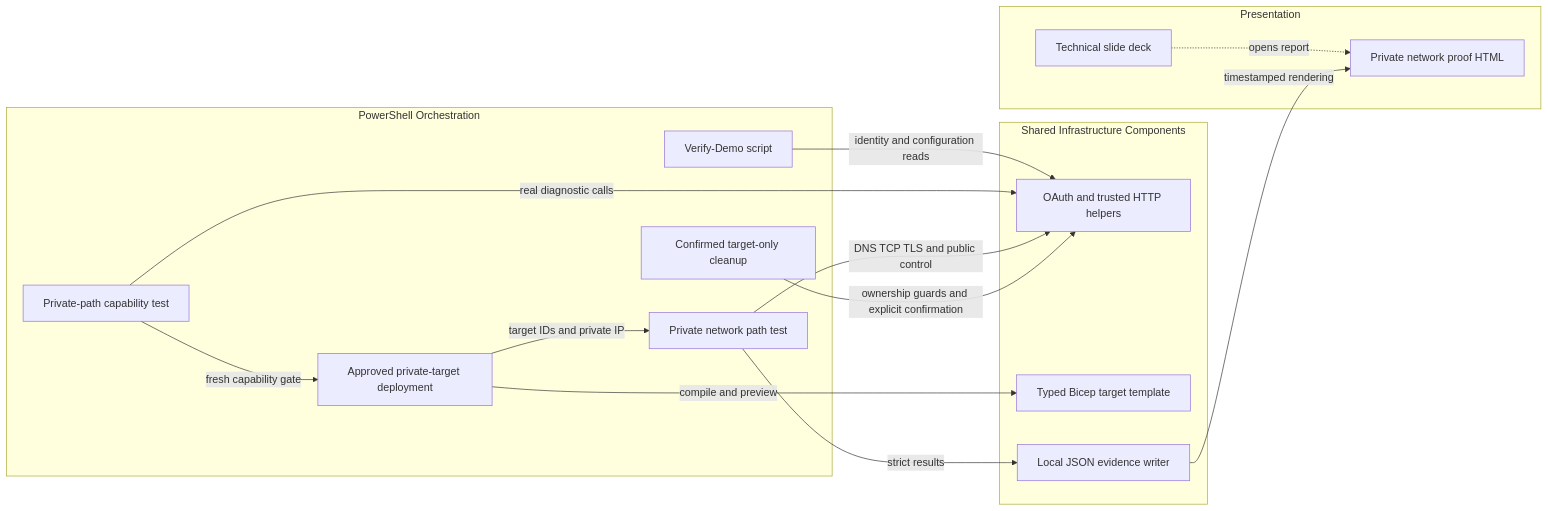
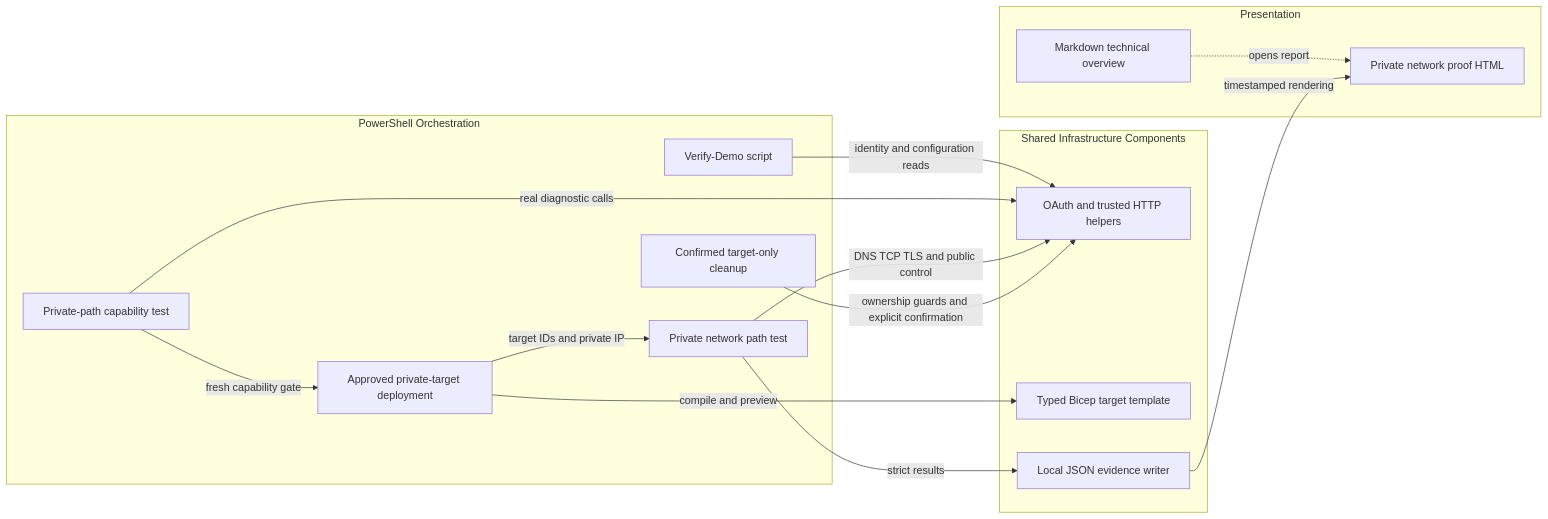
One commit to teo-ma/powerplatform-vnet-integration changed the second of 2 diagrams in .github/modernize/assessment/engines/facts/architecture-diagram.md. Above: the diagram before and after it, drawn with Mermaid. The commit also changed other lines of this file and 5 other files, not shown here.

First line of the commit message:
Convert technical overview from HTML slides to Markdown

````diff
--- a/.github/modernize/assessment/engines/facts/architecture-diagram.md
+++ b/.github/modernize/assessment/engines/facts/architecture-diagram.md
@@ -78,29 +79,29 @@
 ```mermaid
 flowchart LR
     subgraph PresentationC2["Presentation"]
-        DeckC2["Technical slide deck"]
+        DeckC2["Markdown technical overview"]
         EvidencePageC2["Private network proof HTML"]
     end
     subgraph OrchestrationC2["PowerShell Orchestration"]
         ConfigTestC2["Verify-Demo script"]
         CapabilityC2["Private-path capability test"]
         PrivateTestC2["Private network path test"]
         TargetDeployC2["Approved private-target deployment"]
         CleanupC2["Confirmed target-only cleanup"]
     end
     subgraph InfrastructureC2["Shared Infrastructure Components"]
         CommonC2["OAuth and trusted HTTP helpers"]
         BicepC2["Typed Bicep target template"]
         EvidenceC2["Local JSON evidence writer"]
     end
     DeckC2 -.->|"opens report"| EvidencePageC2
     CapabilityC2 -->|"fresh capability gate"| TargetDeployC2
     TargetDeployC2 -->|"target IDs and private IP"| PrivateTestC2
     TargetDeployC2 -->|"compile and preview"| BicepC2
     ConfigTestC2 -->|"identity and configuration reads"| CommonC2
     CapabilityC2 -->|"real diagnostic calls"| CommonC2
     PrivateTestC2 -->|"DNS TCP TLS and public control"| CommonC2
     CleanupC2 -->|"ownership guards and explicit confirmation"| CommonC2
     PrivateTestC2 -->|"strict results"| EvidenceC2
     EvidenceC2 -->|"timestamped rendering"| EvidencePageC2
 ```
````
